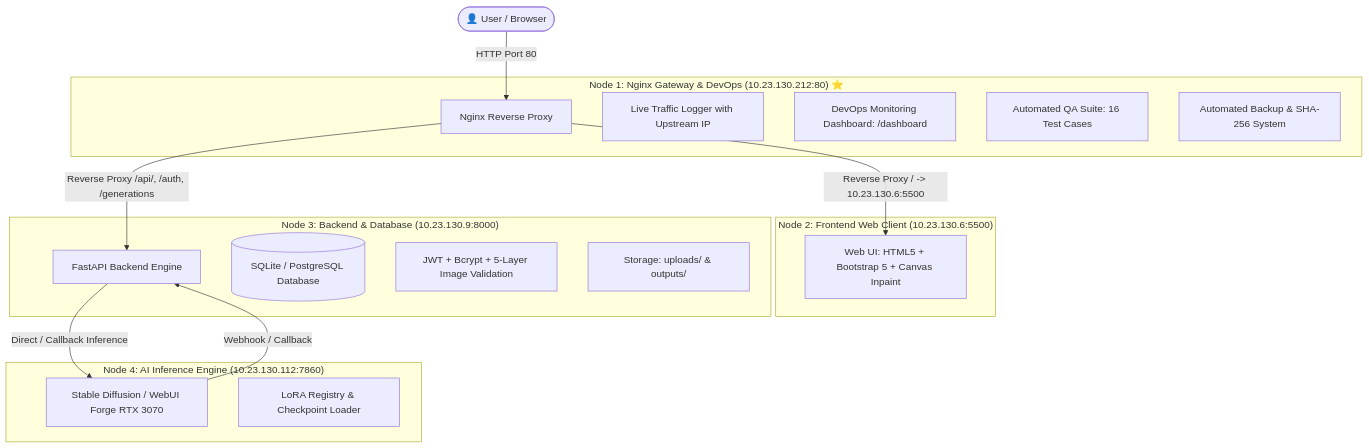
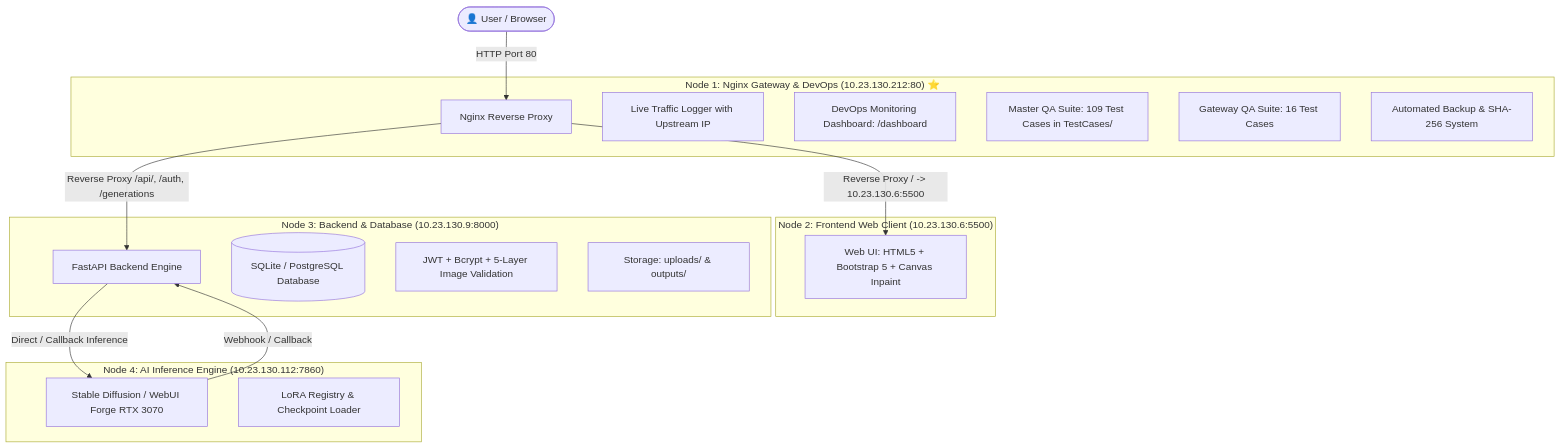
The diagram in README.md (Pongkarm/Project_Luma_PKW), drawn with Mermaid before and after one commit. The commit also changed other lines of this file and 18 other files, not shown here.

Commit message:
feat(qa): add Master TestCases suite (109 cases) and update README specification

````diff
--- a/README.md
+++ b/README.md
@@ -23,34 +24,35 @@
 ```mermaid
 graph TD
     User([👤 User / Browser])
 
     subgraph Node1 ["Node 1: Nginx Gateway & DevOps (10.23.130.212:80) ⭐"]
         Nginx[Nginx Reverse Proxy]
         AccessLog[Live Traffic Logger with Upstream IP]
         Dashboard[DevOps Monitoring Dashboard: /dashboard]
-        QATest[Automated QA Suite: 16 Test Cases]
+        MasterTests[Master QA Suite: 109 Test Cases in TestCases/]
+        QATest[Gateway QA Suite: 16 Test Cases]
         Backup[Automated Backup & SHA-256 System]
     end
 
     subgraph Node2 ["Node 2: Frontend Web Client (10.23.130.6:5500)"]
         UI[Web UI: HTML5 + Bootstrap 5 + Canvas Inpaint]
     end
 
     subgraph Node3 ["Node 3: Backend & Database (10.23.130.9:8000)"]
         API[FastAPI Backend Engine]
         DB[(SQLite / PostgreSQL Database)]
         Security[JWT + Bcrypt + 5-Layer Image Validation]
         Storage[Storage: uploads/ & outputs/]
     end
 
     subgraph Node4 ["Node 4: AI Inference Engine (10.23.130.112:7860)"]
         SD[Stable Diffusion / WebUI Forge RTX 3070]
         LoRA[LoRA Registry & Checkpoint Loader]
     end
 
     User -->|HTTP Port 80| Nginx
     Nginx -->|Reverse Proxy / -> 10.23.130.6:5500| UI
     Nginx -->|Reverse Proxy /api/, /auth, /generations| API
     API -->|Direct / Callback Inference| SD
     SD -->|Webhook / Callback| API
 ```
````
